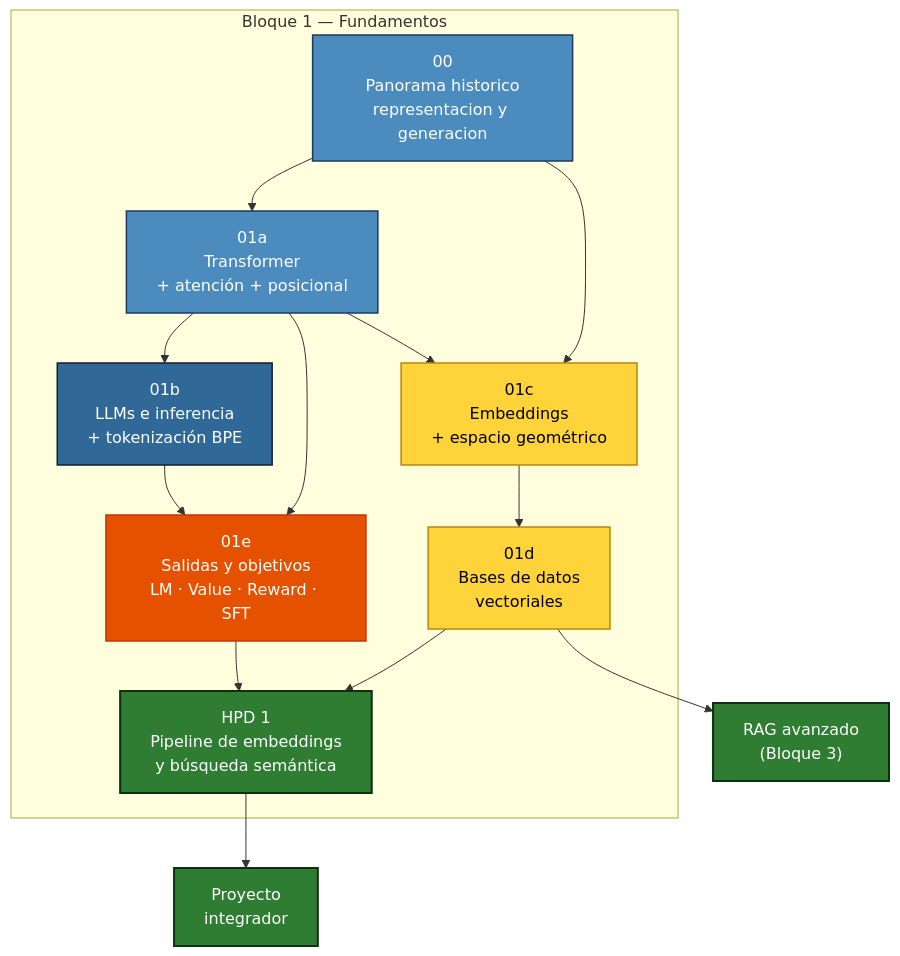
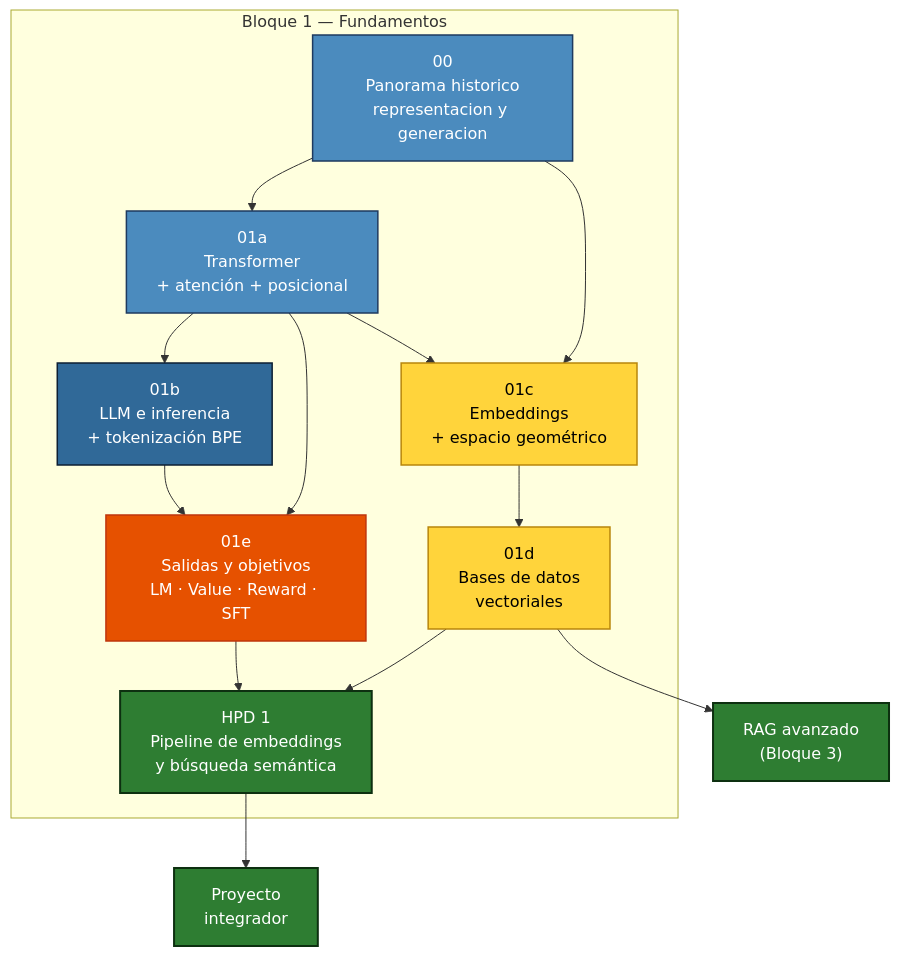
Before and after one commit to Adamychen/m10_quarto: the first of 2 diagrams in bloque1/01-fundamentos.qmd, drawn with Mermaid. The commit also changed other lines of this file and 79 other files, not shown here.

````diff
--- a/bloque1/01-fundamentos.qmd
+++ b/bloque1/01-fundamentos.qmd
@@ -51,22 +49,22 @@
 ```{mermaid}
 flowchart TD
     subgraph "Bloque 1 — Fundamentos"
         P0[00<br/>Panorama historico<br/>representacion y generacion]:::input --> A
         P0 --> C
-        A[01a<br/>Transformer<br/>+ atención + posicional]:::input --> B[01b<br/>LLMs e inferencia<br/>+ tokenización BPE]:::proc
+        A[01a<br/>Transformer<br/>+ atención + posicional]:::input --> B[01b<br/>LLM e inferencia<br/>+ tokenización BPE]:::proc
         A --> C[01c<br/>Embeddings<br/>+ espacio geométrico]:::doc
         A --> E2[01e<br/>Salidas y objetivos<br/>LM · Value · Reward · SFT]:::obs
         B --> E2
         C --> D[01d<br/>Bases de datos<br/>vectoriales]:::doc
         D --> F["HPD 1<br/>Pipeline de embeddings<br/>y búsqueda semántica"]:::out
         E2 --> F
     end
     D --> G["RAG avanzado<br/>(Bloque 3)"]:::out
     F --> H["Proyecto<br/>integrador"]:::out
 
     classDef input fill:#4B8BBE,stroke:#1e3a5f,color:#fff,stroke-width:1.5px
     classDef proc  fill:#306998,stroke:#0d1f33,color:#fff,stroke-width:1.5px
     classDef doc   fill:#FFD43B,stroke:#b8860b,color:#000,stroke-width:1.5px
     classDef obs   fill:#e65100,stroke:#bf360c,color:#fff,stroke-width:1.5px
     classDef out   fill:#2e7d32,stroke:#0d3010,color:#fff,stroke-width:2px
 ```
````
